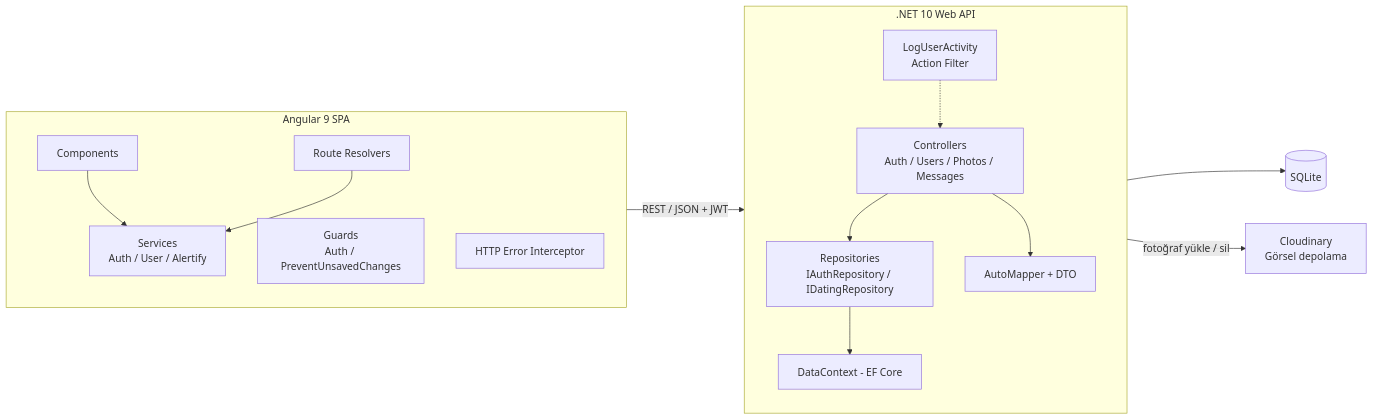
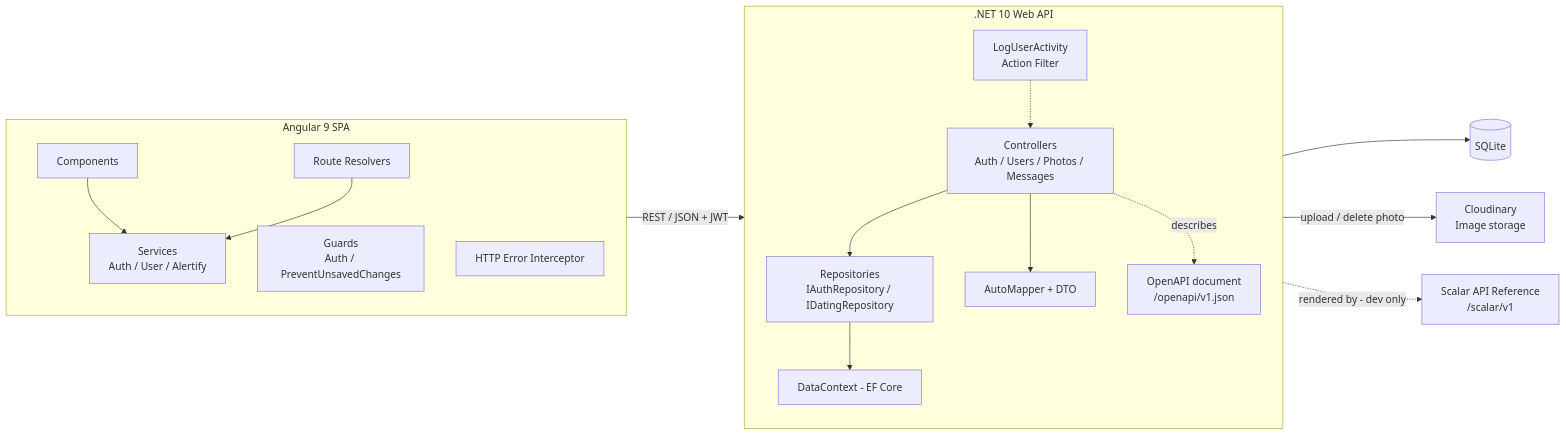
The first of 5 diagrams in README.md (NisanurBulut/KimOkurAPP), drawn with Mermaid before and after one commit. The commit also changed other lines of this file, not shown here.

````diff
--- a/README.md
+++ b/README.md
@@ -69,25 +74,29 @@
 ```mermaid
 flowchart LR
     subgraph SPA["Angular 9 SPA"]
         direction TB
         CMP["Components"] --> SRV["Services<br/>Auth / User / Alertify"]
         RES["Route Resolvers"] --> SRV
         GRD["Guards<br/>Auth / PreventUnsavedChanges"]
         INT["HTTP Error Interceptor"]
     end
 
     subgraph API[".NET 10 Web API"]
         direction TB
         CTR["Controllers<br/>Auth / Users / Photos / Messages"] --> REP["Repositories<br/>IAuthRepository / IDatingRepository"]
         CTR --> MAP["AutoMapper + DTO"]
         FLT["LogUserActivity<br/>Action Filter"] -.-> CTR
         REP --> CTX["DataContext - EF Core"]
+        OAS["OpenAPI document<br/>/openapi/v1.json"]
     end
 
     DB[("SQLite")]
-    CLD["Cloudinary<br/>Görsel depolama"]
+    CLD["Cloudinary<br/>Image storage"]
+    SCL["Scalar API Reference<br/>/scalar/v1"]
 
     SRV -->|"REST / JSON + JWT"| CTR
     CTX --> DB
-    CTR -->|"fotoğraf yükle / sil"| CLD
+    CTR -->|"upload / delete photo"| CLD
+    CTR -.->|"describes"| OAS
+    OAS -.->|"rendered by - dev only"| SCL
 ```
````
